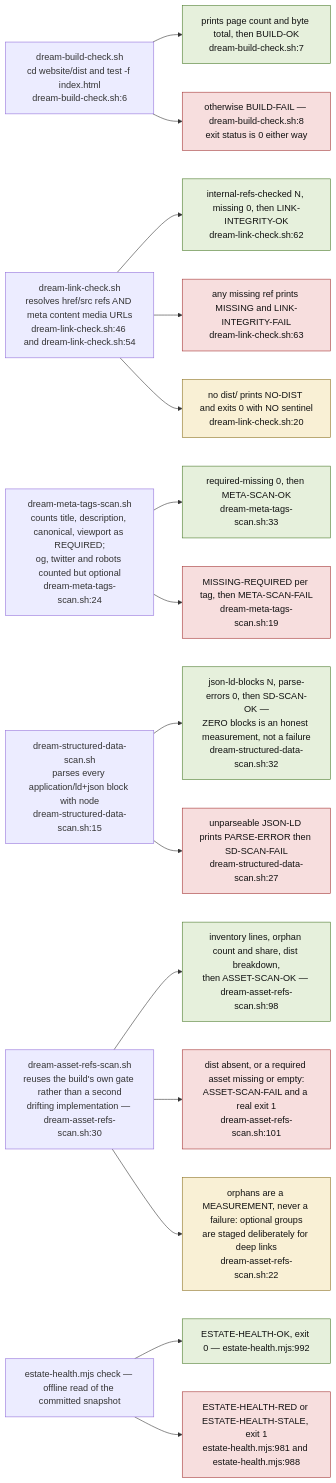
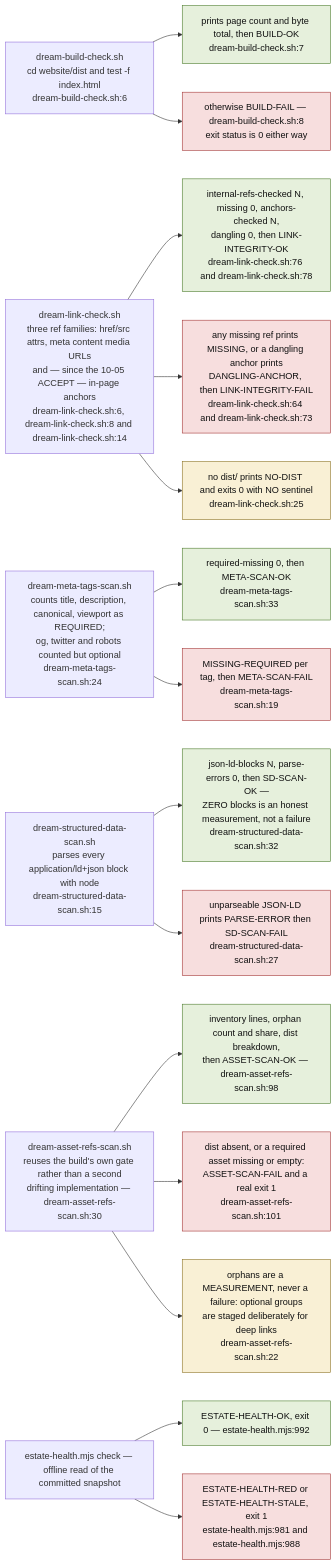
The fourth of 9 diagrams in docs/diagrams/visionflow/04-dream-cycle-integration.md (DreamLab-AI/VisionFlow), drawn with Mermaid before and after one commit. The commit also changed other lines of this file and 21 other files, not shown here.

Commit message:
docs(diagrams): refresh first verified estate batch

````diff
--- a/docs/diagrams/visionflow/04-dream-cycle-integration.md
+++ b/docs/diagrams/visionflow/04-dream-cycle-integration.md
@@ -122,32 +122,32 @@
 ```mermaid
 flowchart LR
     classDef pass fill:#e6f0dc,stroke:#4a7a2a,color:#111
     classDef fail fill:#f7dede,stroke:#a33333,color:#111
     classDef odd fill:#f9f0d5,stroke:#8a7020,color:#111
 
     E1["dream-build-check.sh<br/>cd website/dist and test -f index.html<br/>dream-build-check.sh:6"]
     E1 --> E1P["prints page count and byte total, then BUILD-OK<br/>dream-build-check.sh:7"]:::pass
     E1 --> E1F["otherwise BUILD-FAIL — dream-build-check.sh:8<br/>exit status is 0 either way"]:::fail
 
-    E2["dream-link-check.sh<br/>resolves href/src refs AND meta content media URLs<br/>dream-link-check.sh:46 and dream-link-check.sh:54"]
-    E2 --> E2P["internal-refs-checked N, missing 0, then LINK-INTEGRITY-OK<br/>dream-link-check.sh:62"]:::pass
-    E2 --> E2F["any missing ref prints MISSING and LINK-INTEGRITY-FAIL<br/>dream-link-check.sh:63"]:::fail
-    E2 --> E2X["no dist/ prints NO-DIST and exits 0 with NO sentinel<br/>dream-link-check.sh:20"]:::odd
+    E2["dream-link-check.sh<br/>three ref families: href/src attrs, meta content media URLs<br/>and — since the 10-05 ACCEPT — in-page anchors<br/>dream-link-check.sh:6, dream-link-check.sh:8 and dream-link-check.sh:14"]
+    E2 --> E2P["internal-refs-checked N, missing 0, anchors-checked N,<br/>dangling 0, then LINK-INTEGRITY-OK<br/>dream-link-check.sh:76 and dream-link-check.sh:78"]:::pass
+    E2 --> E2F["any missing ref prints MISSING, or a dangling anchor prints<br/>DANGLING-ANCHOR, then LINK-INTEGRITY-FAIL<br/>dream-link-check.sh:64 and dream-link-check.sh:73"]:::fail
+    E2 --> E2X["no dist/ prints NO-DIST and exits 0 with NO sentinel<br/>dream-link-check.sh:25"]:::odd
 
     E3["dream-meta-tags-scan.sh<br/>counts title, description, canonical, viewport as REQUIRED;<br/>og, twitter and robots counted but optional<br/>dream-meta-tags-scan.sh:24"]
     E3 --> E3P["required-missing 0, then META-SCAN-OK<br/>dream-meta-tags-scan.sh:33"]:::pass
     E3 --> E3F["MISSING-REQUIRED per tag, then META-SCAN-FAIL<br/>dream-meta-tags-scan.sh:19"]:::fail
 
     E4["dream-structured-data-scan.sh<br/>parses every application/ld+json block with node<br/>dream-structured-data-scan.sh:15"]
     E4 --> E4P["json-ld-blocks N, parse-errors 0, then SD-SCAN-OK —<br/>ZERO blocks is an honest measurement, not a failure<br/>dream-structured-data-scan.sh:32"]:::pass
     E4 --> E4F["unparseable JSON-LD prints PARSE-ERROR then SD-SCAN-FAIL<br/>dream-structured-data-scan.sh:27"]:::fail
 
     E5["dream-asset-refs-scan.sh<br/>reuses the build's own gate rather than a second<br/>drifting implementation — dream-asset-refs-scan.sh:30"]
     E5 --> E5P["inventory lines, orphan count and share, dist breakdown,<br/>then ASSET-SCAN-OK — dream-asset-refs-scan.sh:98"]:::pass
     E5 --> E5F["dist absent, or a required asset missing or empty:<br/>ASSET-SCAN-FAIL and a real exit 1<br/>dream-asset-refs-scan.sh:101"]:::fail
     E5 --> E5X["orphans are a MEASUREMENT, never a failure: optional groups<br/>are staged deliberately for deep links<br/>dream-asset-refs-scan.sh:22"]:::odd
 
     E6["estate-health.mjs check — offline read of the committed snapshot"]
     E6 --> E6P["ESTATE-HEALTH-OK, exit 0 — estate-health.mjs:992"]:::pass
     E6 --> E6F["ESTATE-HEALTH-RED or ESTATE-HEALTH-STALE, exit 1<br/>estate-health.mjs:981 and estate-health.mjs:988"]:::fail
 ```
````
